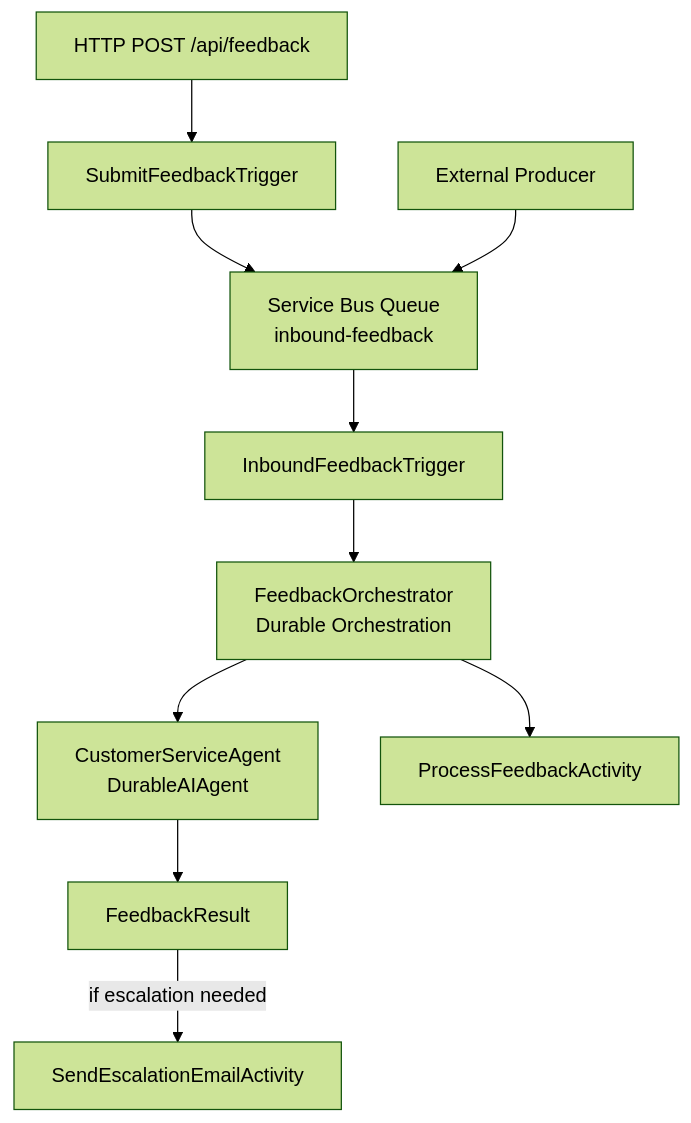
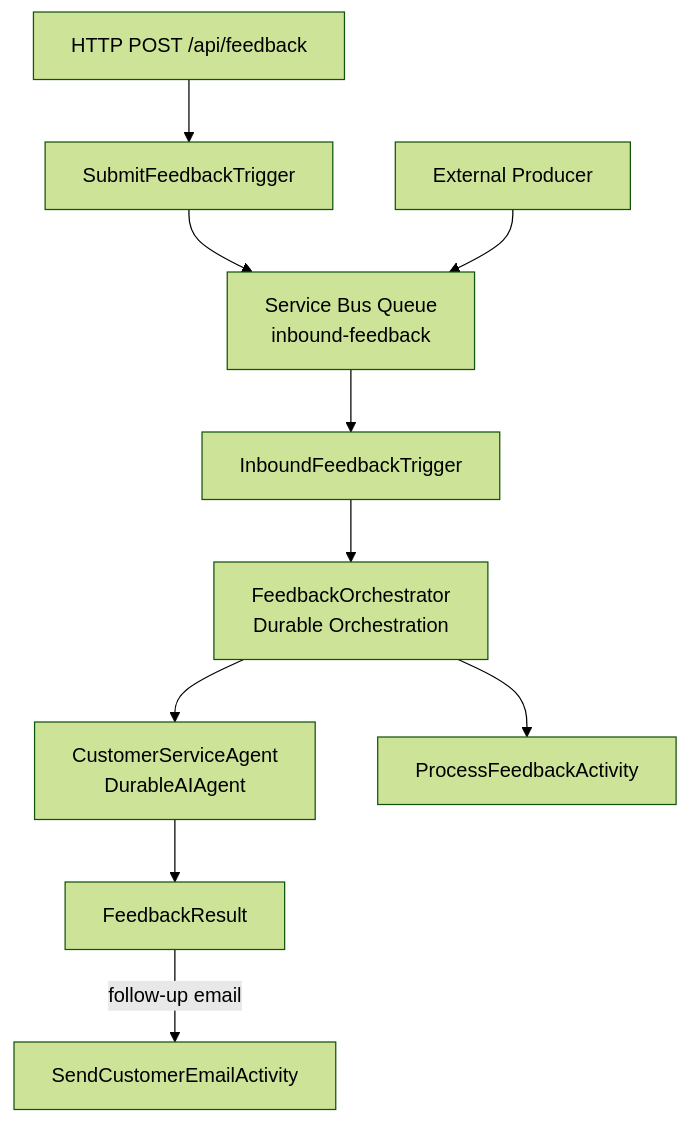
One commit to mcollier/durable-agent-demo changed the diagram in README.md. Above: the diagram before and after it, drawn with Mermaid (forest theme). The commit also changed other lines of this file and 16 other files, not shown here.

First line of the commit message:
Add EmailAgent for customer follow-up emails (#7)

````diff
--- a/README.md
+++ b/README.md
@@ -13,12 +13,12 @@
 ```mermaid
 flowchart TD
     Http[HTTP POST /api/feedback] --> Submit[SubmitFeedbackTrigger]
     Submit --> Queue[Service Bus Queue<br/>inbound-feedback]
     Producer[External Producer] --> Queue
     Queue --> Inbound[InboundFeedbackTrigger]
     Inbound --> Orchestrator[FeedbackOrchestrator<br/>Durable Orchestration]
     Orchestrator --> Agent[CustomerServiceAgent<br/>DurableAIAgent]
     Orchestrator --> Process[ProcessFeedbackActivity]
     Agent --> Result[FeedbackResult]
-    Result -->|if escalation needed| Escalate[SendEscalationEmailActivity]
+    Result -->|follow-up email| Email[SendCustomerEmailActivity]
 ```
````
